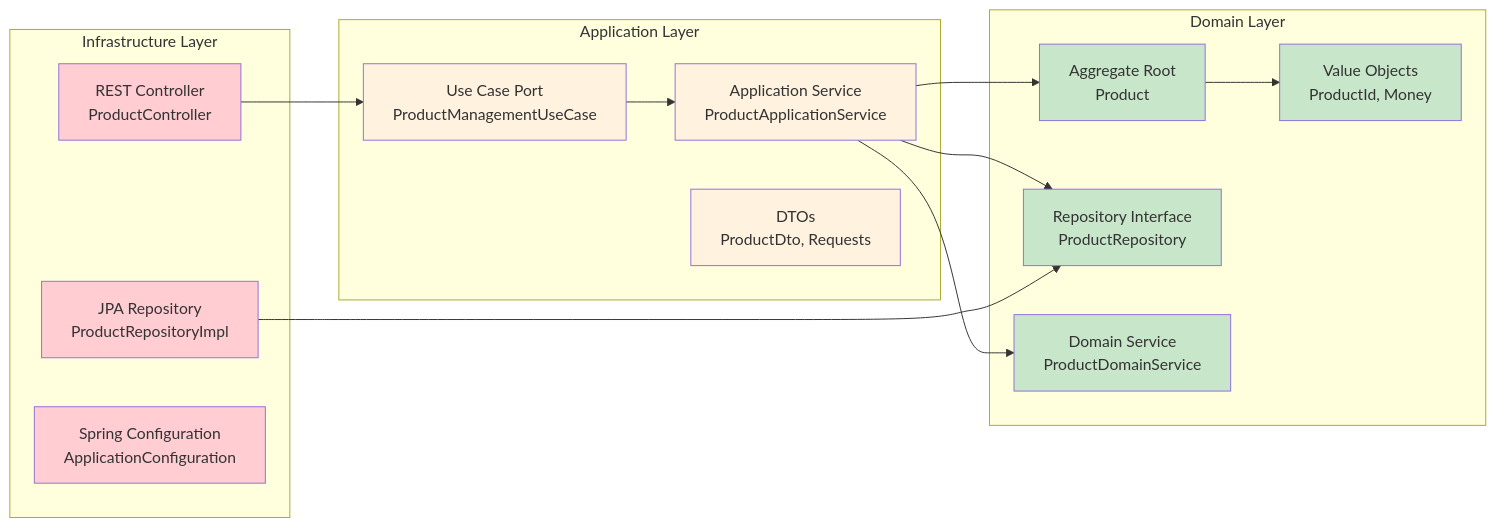
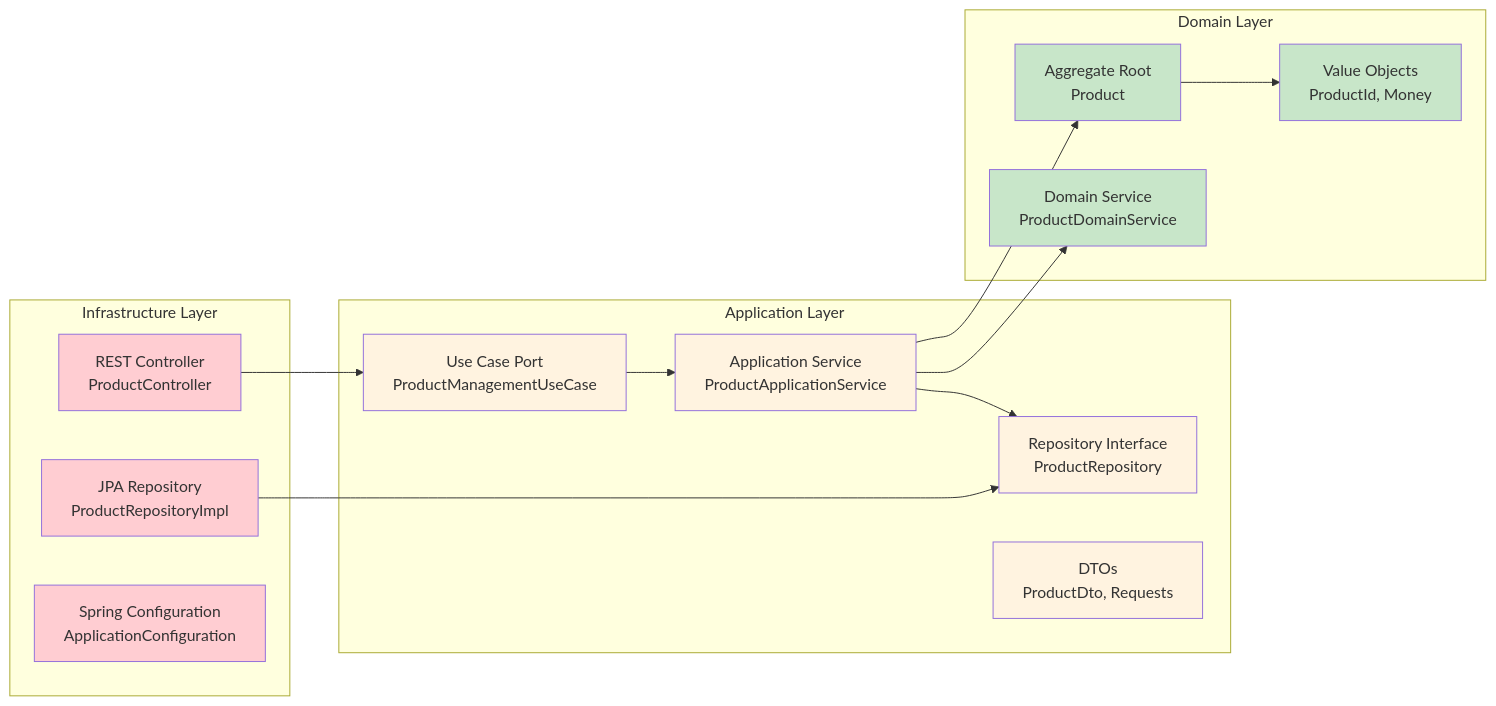
One commit to cvagheti/microservice-ddd-hexagonal changed the second of 2 diagrams in README.md. Above: the diagram before and after it, drawn with Mermaid. The commit also changed other lines of this file and 1 other file, not shown here.

````diff
--- a/README.md
+++ b/README.md
@@ -86,40 +86,40 @@
 ```mermaid
 graph LR
     subgraph "Infrastructure Layer"
         REST["REST Controller<br/>ProductController"]
         Persistence["JPA Repository<br/>ProductRepositoryImpl"]
         Config["Spring Configuration<br/>ApplicationConfiguration"]
     end
     
     subgraph "Application Layer"
         Service["Application Service<br/>ProductApplicationService"]
         UseCase["Use Case Port<br/>ProductManagementUseCase"]
+        Repository["Repository Interface<br/>ProductRepository"]
         DTO["DTOs<br/>ProductDto, Requests"]
     end
     
     subgraph "Domain Layer"
         Entity["Aggregate Root<br/>Product"]
         ValueObject["Value Objects<br/>ProductId, Money"]
-        Repository["Repository Interface<br/>ProductRepository"]
         DomainService["Domain Service<br/>ProductDomainService"]
     end
     
     REST --> UseCase
     UseCase --> Service
     Service --> DomainService
     Service --> Repository
     Persistence --> Repository
     Service --> Entity
     Entity --> ValueObject
     
     style REST fill:#ffcdd2
     style Persistence fill:#ffcdd2
     style Config fill:#ffcdd2
     style Service fill:#fff3e0
     style UseCase fill:#fff3e0
     style DTO fill:#fff3e0
     style Entity fill:#c8e6c9
     style ValueObject fill:#c8e6c9
-    style Repository fill:#c8e6c9
     style DomainService fill:#c8e6c9
+    style Repository fill:#fff3e0
 ```
````
